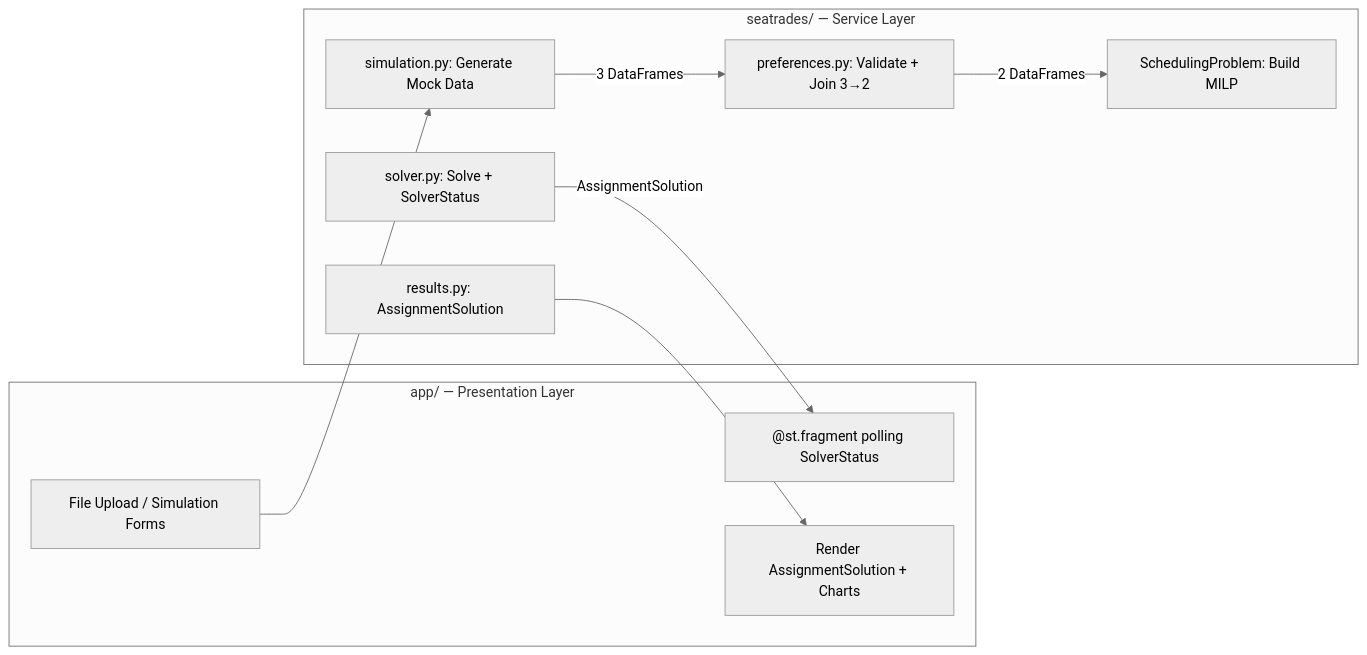
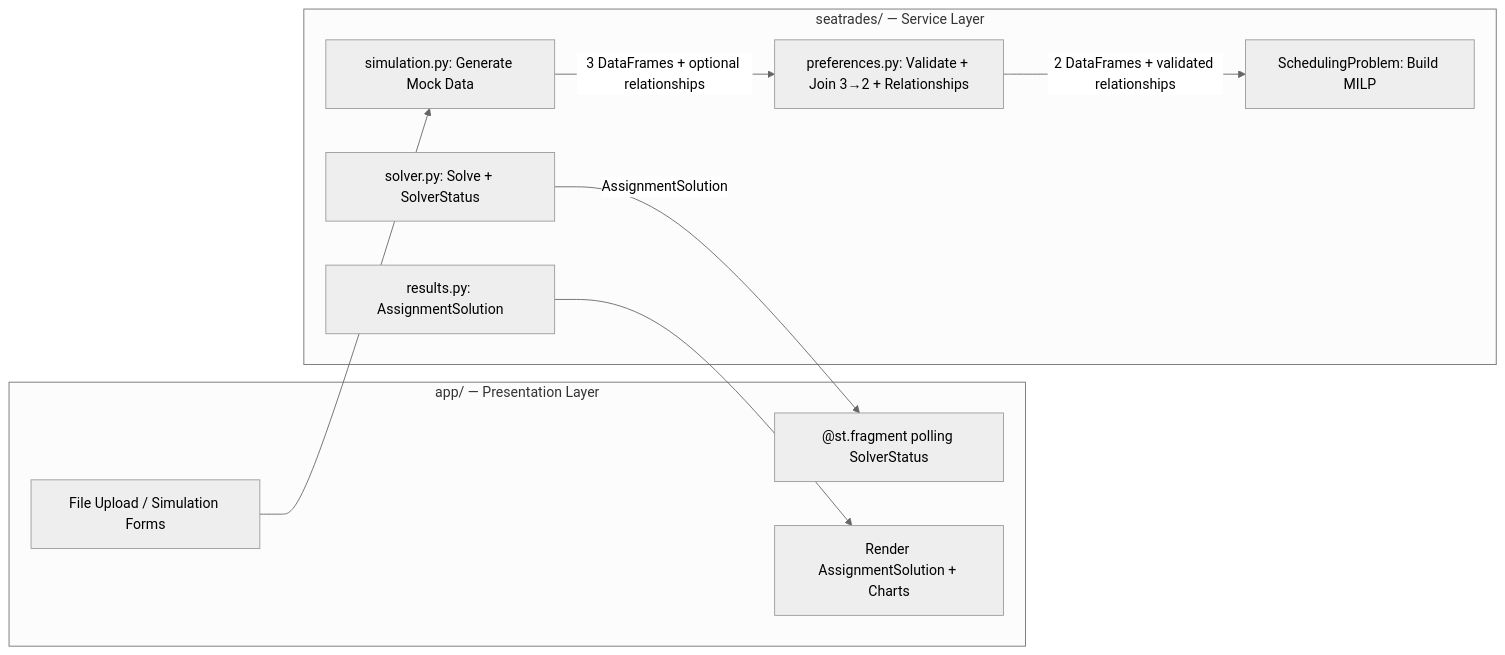
One commit to gavingro/seatrades changed the diagram in CONTEXT.md. Above: the diagram before and after it, drawn with Mermaid (neutral theme). The commit also changed other lines of this file and 1 other file, not shown here.

````diff
--- a/CONTEXT.md
+++ b/CONTEXT.md
@@ -85,22 +105,22 @@
 ```mermaid
 flowchart LR
     subgraph UI [app/ — Presentation Layer]
         Upload[File Upload / Simulation Forms]
         Fragment["@st.fragment polling SolverStatus"]
         Display[Render AssignmentSolution + Charts]
     end
 
     subgraph Service [seatrades/ — Service Layer]
         Sim[simulation.py: Generate Mock Data]
-        Val[preferences.py: Validate + Join 3→2]
+        Val[preferences.py: Validate + Join 3→2 + Relationships]
         Prob[SchedulingProblem: Build MILP]
         Solve[solver.py: Solve + SolverStatus]
         Result[results.py: AssignmentSolution]
     end
 
     Upload --> Sim
-    Sim -->|3 DataFrames| Val
-    Val -->|2 DataFrames| Prob
+    Sim -->|3 DataFrames + optional relationships| Val
+    Val -->|2 DataFrames + validated relationships| Prob
     Solve -->|AssignmentSolution| Fragment
     Result --> Display
 ```
````
